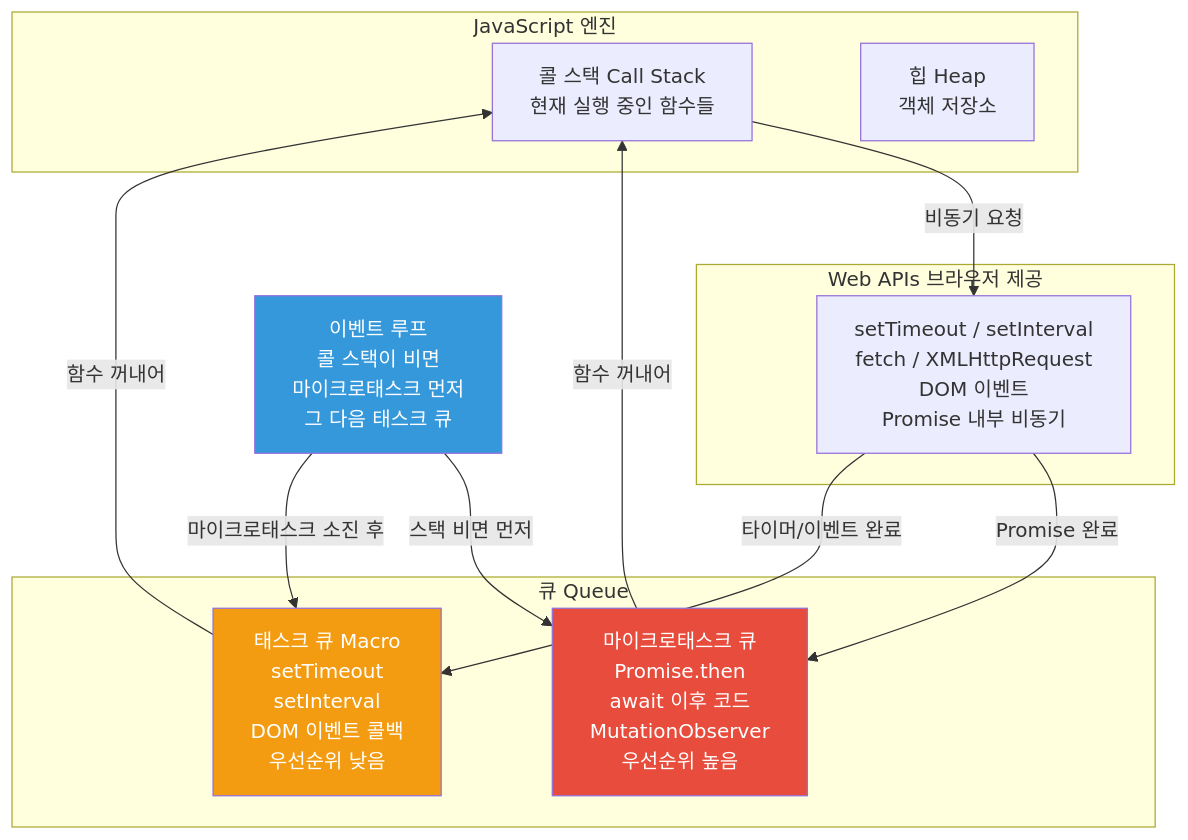
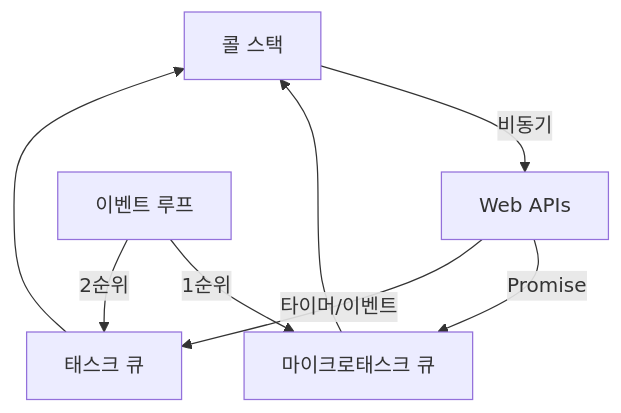
Before and after one commit to yjkim2015/yjkim2015.github.io: the second of 6 diagrams in _posts/frontend/2026-05-01-javascript-core.md, drawn with Mermaid. The commit also changed other lines of this file and 215 other files, not shown here.

First line of the commit message:
신규 포스트 10개 추가 + Mermaid 전면 축소 + SystemDesign 시리즈 보강

````diff
--- a/_posts/frontend/2026-05-01-javascript-core.md
+++ b/_posts/frontend/2026-05-01-javascript-core.md
@@ -105,30 +91,9 @@
 ```mermaid
 flowchart TD
-    subgraph "JavaScript 엔진"
-        CS2["콜 스택 Call Stack\n현재 실행 중인 함수들"]
-        HEAP["힙 Heap\n객체 저장소"]
-    end
-
-    subgraph "Web APIs 브라우저 제공"
-        WA["setTimeout / setInterval\nfetch / XMLHttpRequest\nDOM 이벤트\nPromise 내부 비동기"]
-    end
-
-    subgraph "큐 Queue"
-        MQ["마이크로태스크 큐\nPromise.then\nawait 이후 코드\nMutationObserver\n우선순위 높음"]
-        TQ["태스크 큐 Macro\nsetTimeout\nsetInterval\nDOM 이벤트 콜백\n우선순위 낮음"]
-    end
-
-    EL["이벤트 루프\n콜 스택이 비면\n마이크로태스크 먼저\n그 다음 태스크 큐"]
-
-    CS2 -->|"비동기 요청"| WA
-    WA -->|"Promise 완료"| MQ
-    WA -->|"타이머/이벤트 완료"| TQ
-    EL -->|"스택 비면 먼저"| MQ
-    EL -->|"마이크로태스크 소진 후"| TQ
-    MQ -->|"함수 꺼내어"| CS2
-    TQ -->|"함수 꺼내어"| CS2
-
-    style MQ fill:#e74c3c,color:#fff
-    style TQ fill:#f39c12,color:#fff
-    style EL fill:#3498db,color:#fff
+    CS["콜 스택"] -->|"비동기"| WA["Web APIs"]
+    WA -->|"Promise"| MQ["마이크로태스크 큐"]
+    WA -->|"타이머/이벤트"| TQ["태스크 큐"]
+    EL["이벤트 루프"] -->|"1순위"| MQ
+    EL -->|"2순위"| TQ
+    MQ & TQ --> CS
 ```
````
